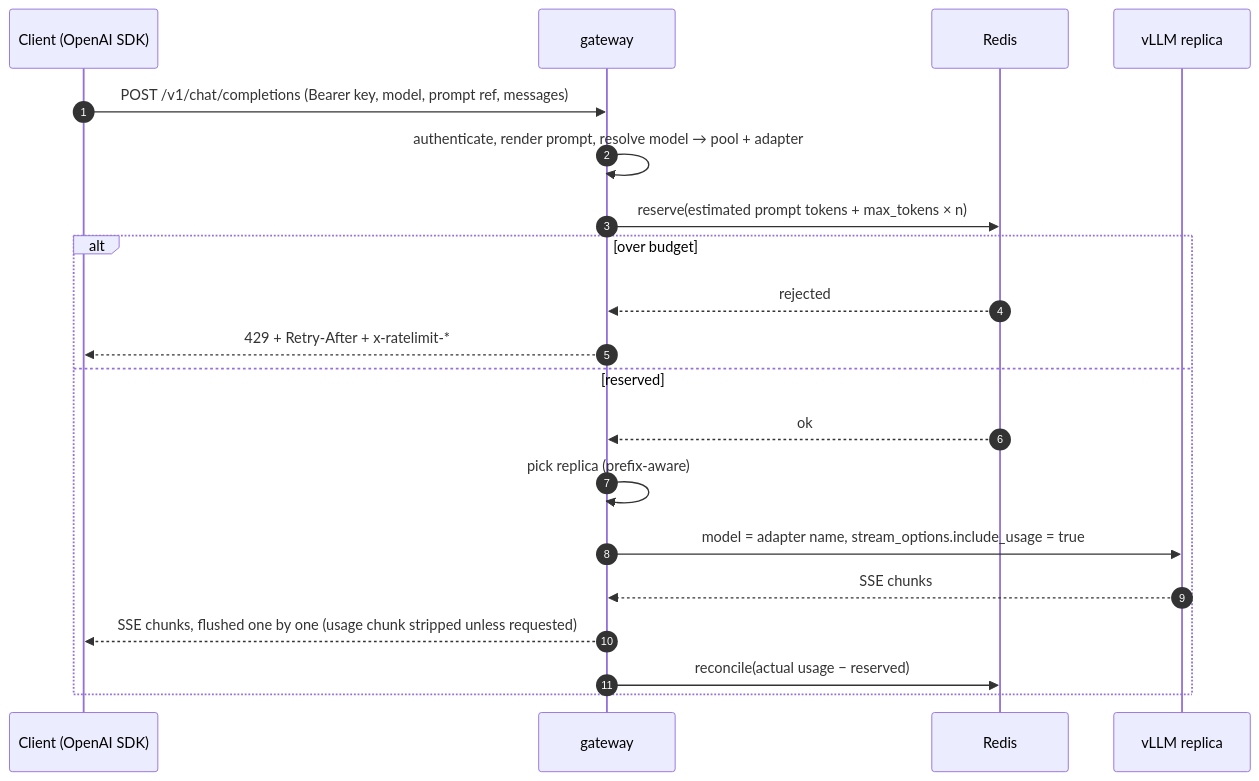
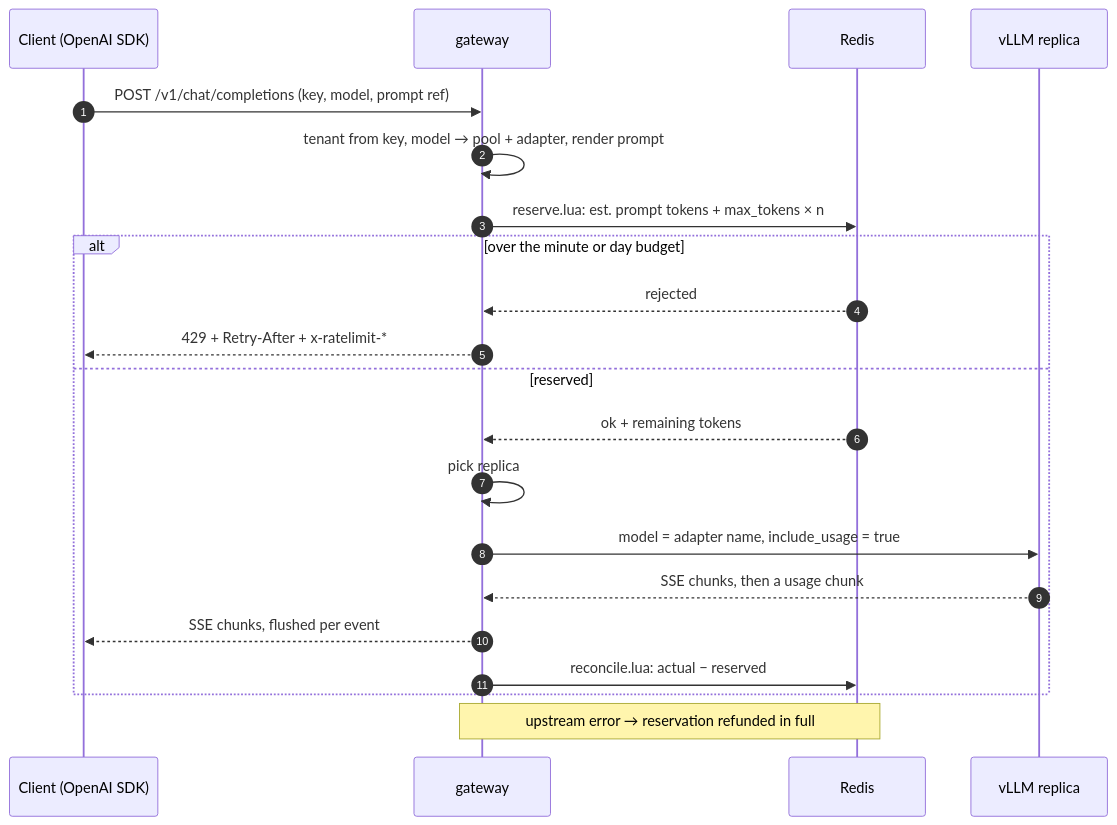
One commit to nitishsjsucs/multi-tenant-inference-gateway changed the second of 4 diagrams in README.md. Above: the diagram before and after it, drawn with Mermaid. The commit also changed other lines of this file and 14 other files, not shown here.

First line of the commit message:
Rewrite README around diagrams; move design detail to docs/

````diff
--- a/README.md
+++ b/README.md
@@ -86,22 +77,23 @@
 ```mermaid
 sequenceDiagram
     autonumber
     participant C as Client (OpenAI SDK)
     participant G as gateway
     participant R as Redis
     participant V as vLLM replica
-    C->>G: POST /v1/chat/completions (Bearer key, model, prompt ref, messages)
-    G->>G: authenticate, render prompt, resolve model → pool + adapter
-    G->>R: reserve(estimated prompt tokens + max_tokens × n)
-    alt over budget
+    C->>G: POST /v1/chat/completions (key, model, prompt ref)
+    G->>G: tenant from key, model → pool + adapter, render prompt
+    G->>R: reserve.lua: est. prompt tokens + max_tokens × n
+    alt over the minute or day budget
         R-->>G: rejected
         G-->>C: 429 + Retry-After + x-ratelimit-*
     else reserved
-        R-->>G: ok
-        G->>G: pick replica (prefix-aware)
-        G->>V: model = adapter name, stream_options.include_usage = true
-        V-->>G: SSE chunks
-        G-->>C: SSE chunks, flushed one by one (usage chunk stripped unless requested)
-        G->>R: reconcile(actual usage − reserved)
+        R-->>G: ok + remaining tokens
+        G->>G: pick replica
+        G->>V: model = adapter name, include_usage = true
+        V-->>G: SSE chunks, then a usage chunk
+        G-->>C: SSE chunks, flushed per event
+        G->>R: reconcile.lua: actual − reserved
     end
+    Note over G,R: upstream error → reservation refunded in full
 ```
````
